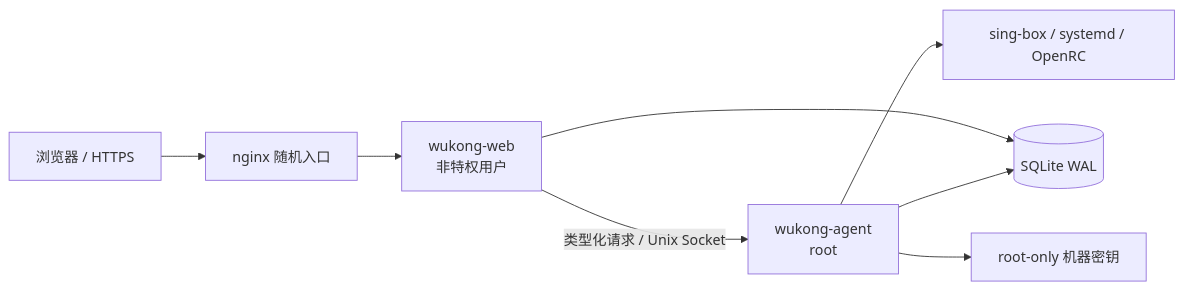
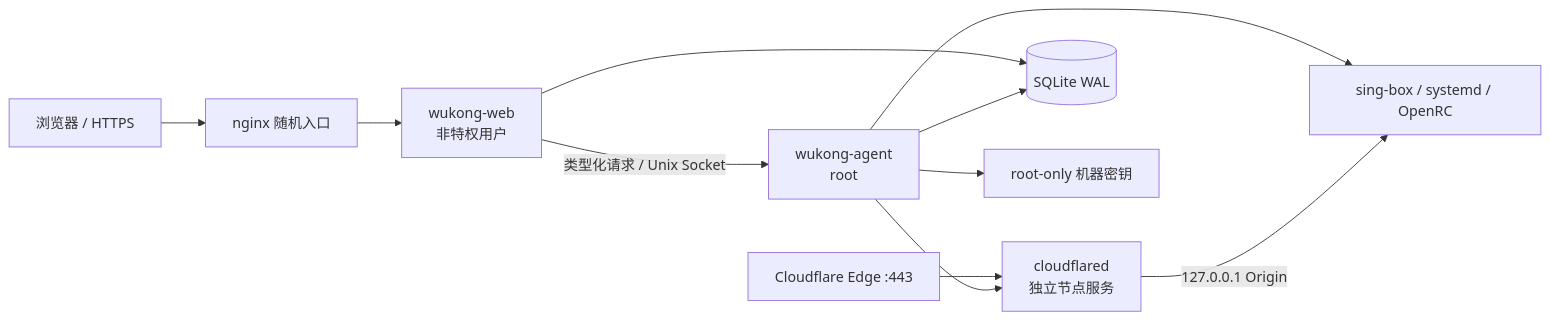
The diagram in README.md (252201/wukong-panel), drawn with Mermaid before and after one commit. The commit also changed other lines of this file and 23 other files, not shown here.

````diff
--- a/README.md
+++ b/README.md
@@ -112,10 +125,13 @@
 ```mermaid
 flowchart LR
   B["浏览器 / HTTPS"] --> N["nginx 随机入口"]
   N --> W["wukong-web\n非特权用户"]
   W -->|"类型化请求 / Unix Socket"| A["wukong-agent\nroot"]
   A --> S["sing-box / systemd / OpenRC"]
+  C["Cloudflare Edge :443"] --> F["cloudflared\n独立节点服务"]
+  F -->|"127.0.0.1 Origin"| S
+  A --> F
   W --> D[("SQLite WAL")]
   A --> D
   A --> K["root-only 机器密钥"]
 ```
````
